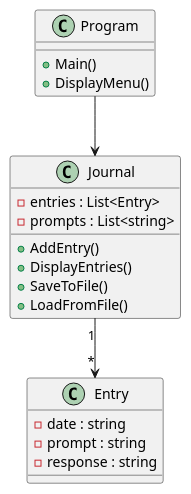
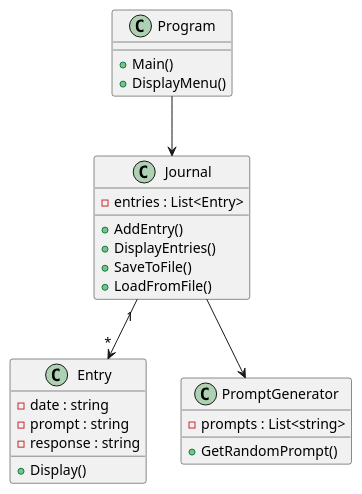
Before and after one commit to Marine-101/cse210-hw: the diagram in prove/Develop02/journal.puml, drawn with PlantUML. The commit also changed 4 other files, not shown here.

```diff
--- a/prove/Develop02/journal.puml
+++ b/prove/Develop02/journal.puml
@@ -1,27 +1,35 @@
 @startuml journal
 
 class Program {
     + Main()
     + DisplayMenu()
 }
 
 class Journal {
     - entries : List<Entry>
-    - prompts : List<string>
 
     + AddEntry()
     + DisplayEntries()
     + SaveToFile()
     + LoadFromFile()
 }
 
 class Entry {
     - date : string
     - prompt : string
     - response : string
+
+    + Display()
 }
 
+class PromptGenerator {
+    - prompts : List<string>
+
+    + GetRandomPrompt()
+}
+
+Journal --> PromptGenerator
 Program --> Journal
 Journal "1" --> "*" Entry
 
 @enduml
```
